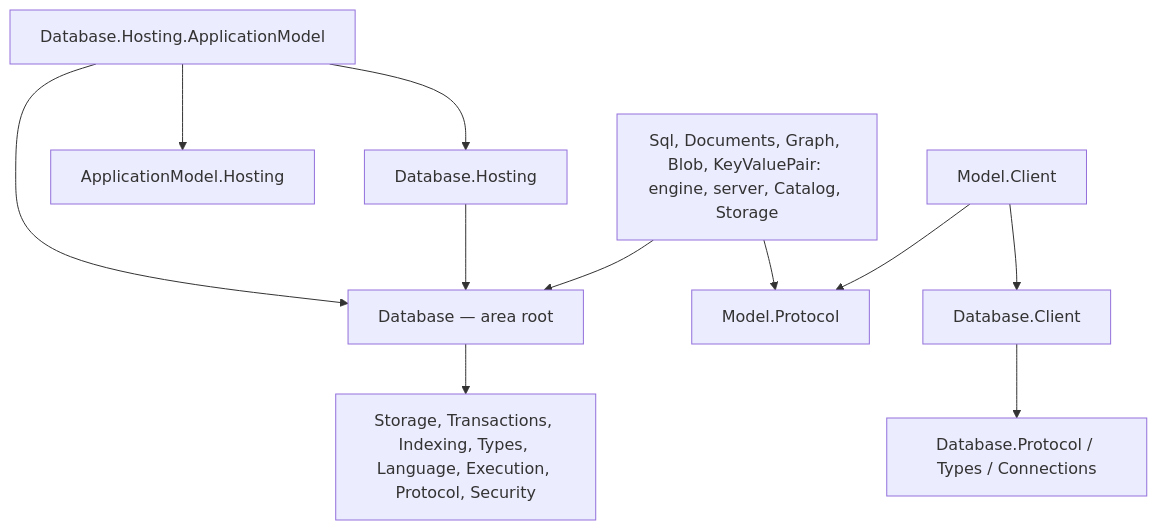
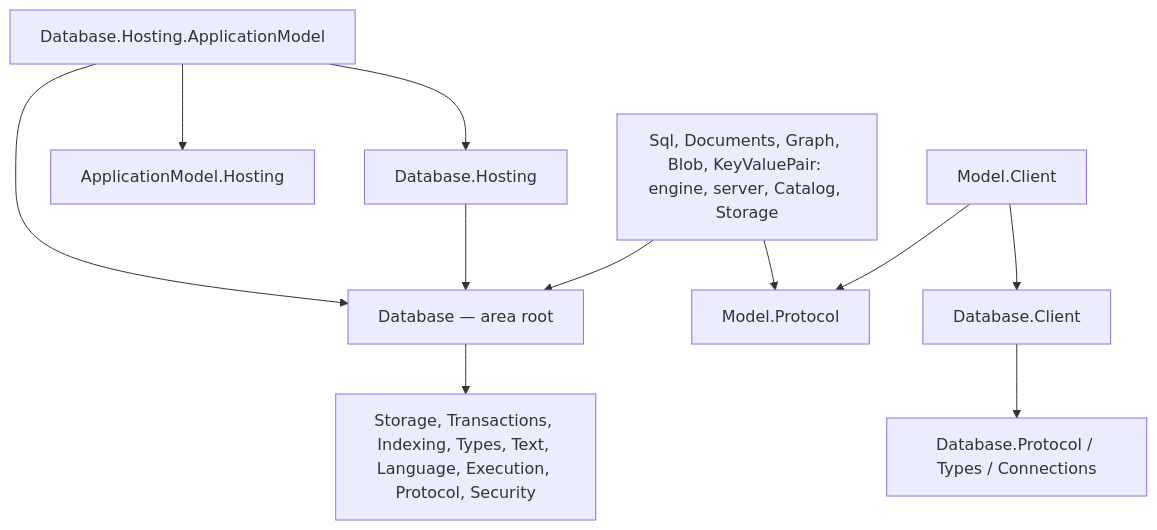
The second of 3 diagrams in docs/resources/Database/DESIGN.md (assimalign/cohesion), drawn with Mermaid before and after one commit. The commit also changed other lines of this file and 3 other files, not shown here.

Commit message:
fix(database): complete Text child-root docs and SDK smoke paths (#1626)

````diff
--- a/docs/resources/Database/DESIGN.md
+++ b/docs/resources/Database/DESIGN.md
@@ -176,13 +176,13 @@
 ```mermaid
 flowchart TD
     Integration["Database.Hosting.ApplicationModel"] --> Runtime["Database.Hosting"]
     Integration --> AM["ApplicationModel.Hosting"]
     Integration --> Root["Database — area root"]
     Runtime --> Root
-    Root --> Kernel["Storage, Transactions, Indexing, Types, Language, Execution, Protocol, Security"]
+    Root --> Kernel["Storage, Transactions, Indexing, Types, Text, Language, Execution, Protocol, Security"]
     Model["Sql, Documents, Graph, Blob, KeyValuePair: engine, server, Catalog, Storage"] --> Root
     Model --> Wire["Model.Protocol"]
     Client["Model.Client"] --> Wire
     Client --> SharedClient["Database.Client"]
     SharedClient --> SharedWire["Database.Protocol / Types / Connections"]
 ```
````
